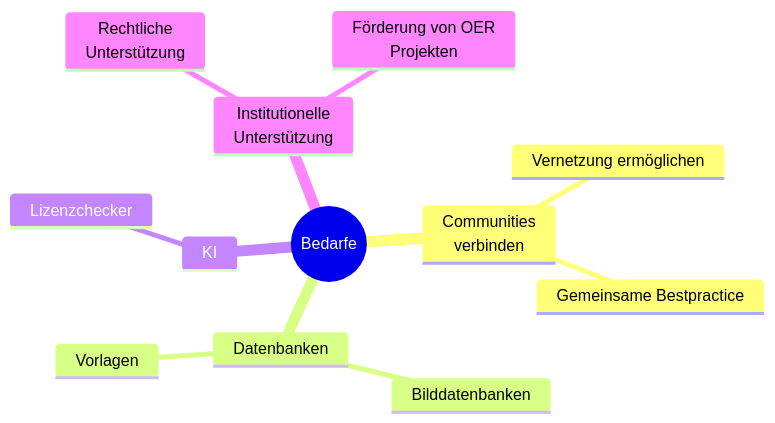
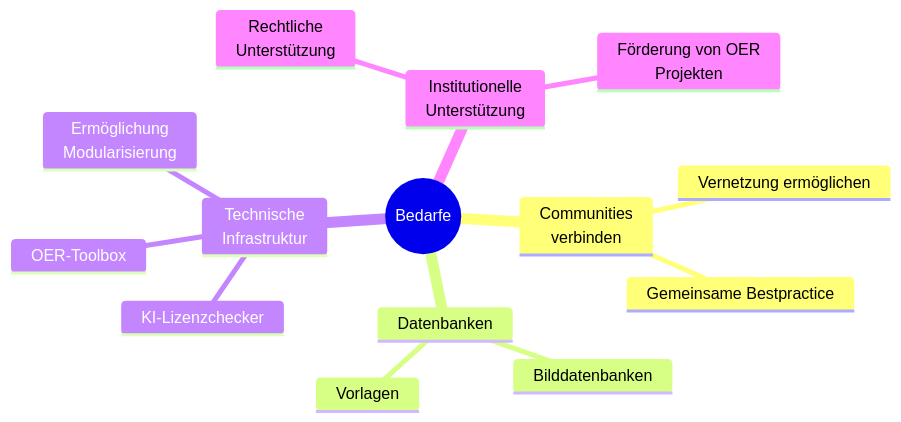
Before and after one commit to rpi-virtuell/FOERBICO_und_rpi-virtuell: the diagram in sb/content/posts/2024-12-03-Konzeptionstag/index.md, drawn with Mermaid.

Commit message:
sb/content/posts/2024-12-03-Konzeptionstag/index.md aktualisiert

````diff
--- a/sb/content/posts/2024-12-03-Konzeptionstag/index.md
+++ b/sb/content/posts/2024-12-03-Konzeptionstag/index.md
@@ -149,15 +149,17 @@
 ```mermaid
 mindmap
   root((Bedarfe))
     Communities <br/> verbinden
       Vernetzung ermöglichen
       Gemeinsame Bestpractice
     Datenbanken
       Bilddatenbanken
       Vorlagen
-    KI
-      Lizenzchecker
+    Technische<br/>Infrastruktur
+      KI-Lizenzchecker
+      OER-Toolbox
+      Ermöglichung<br/>Modularisierung
     Institutionelle <br/> Unterstützung
       Rechtliche<br/> Unterstützung
       Förderung von OER <br/>Projekten
 ```
````
